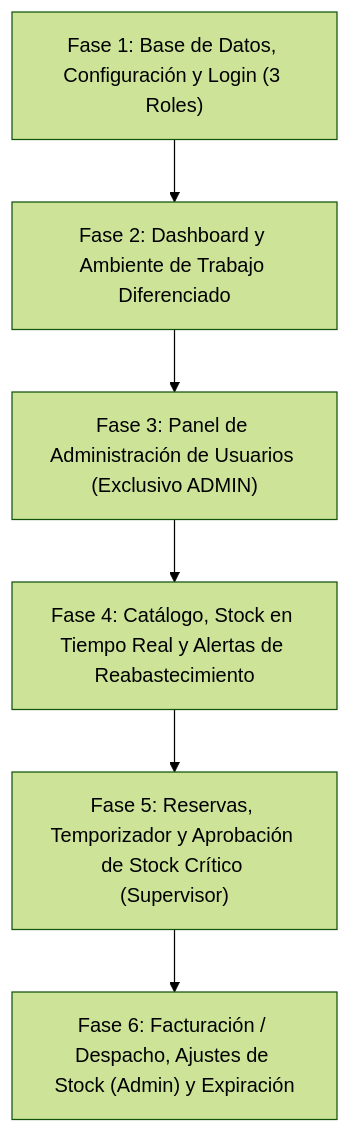
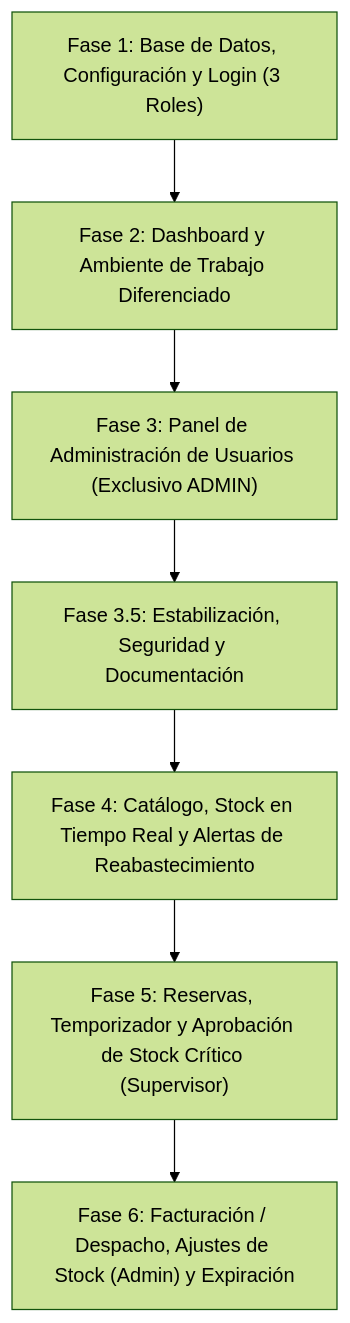
Before and after one commit to belecentu02-boop/INNOVATRONICA_: the second of 4 diagrams in docs/implementation_plan.md, drawn with Mermaid (forest theme). The commit also changed other lines of this file, not shown here.

````diff
--- a/docs/implementation_plan.md
+++ b/docs/implementation_plan.md
@@ -40,8 +40,9 @@
 ```mermaid
 flowchart TD
     F1["Fase 1: Base de Datos, Configuración y Login (3 Roles)"] --> F2["Fase 2: Dashboard y Ambiente de Trabajo Diferenciado"]
     F2 --> F3["Fase 3: Panel de Administración de Usuarios (Exclusivo ADMIN)"]
-    F3 --> F4["Fase 4: Catálogo, Stock en Tiempo Real y Alertas de Reabastecimiento"]
+    F3 --> F35["Fase 3.5: Estabilización, Seguridad y Documentación"]
+    F35 --> F4["Fase 4: Catálogo, Stock en Tiempo Real y Alertas de Reabastecimiento"]
     F4 --> F5["Fase 5: Reservas, Temporizador y Aprobación de Stock Crítico (Supervisor)"]
     F5 --> F6["Fase 6: Facturación / Despacho, Ajustes de Stock (Admin) y Expiración"]
 ```
````
